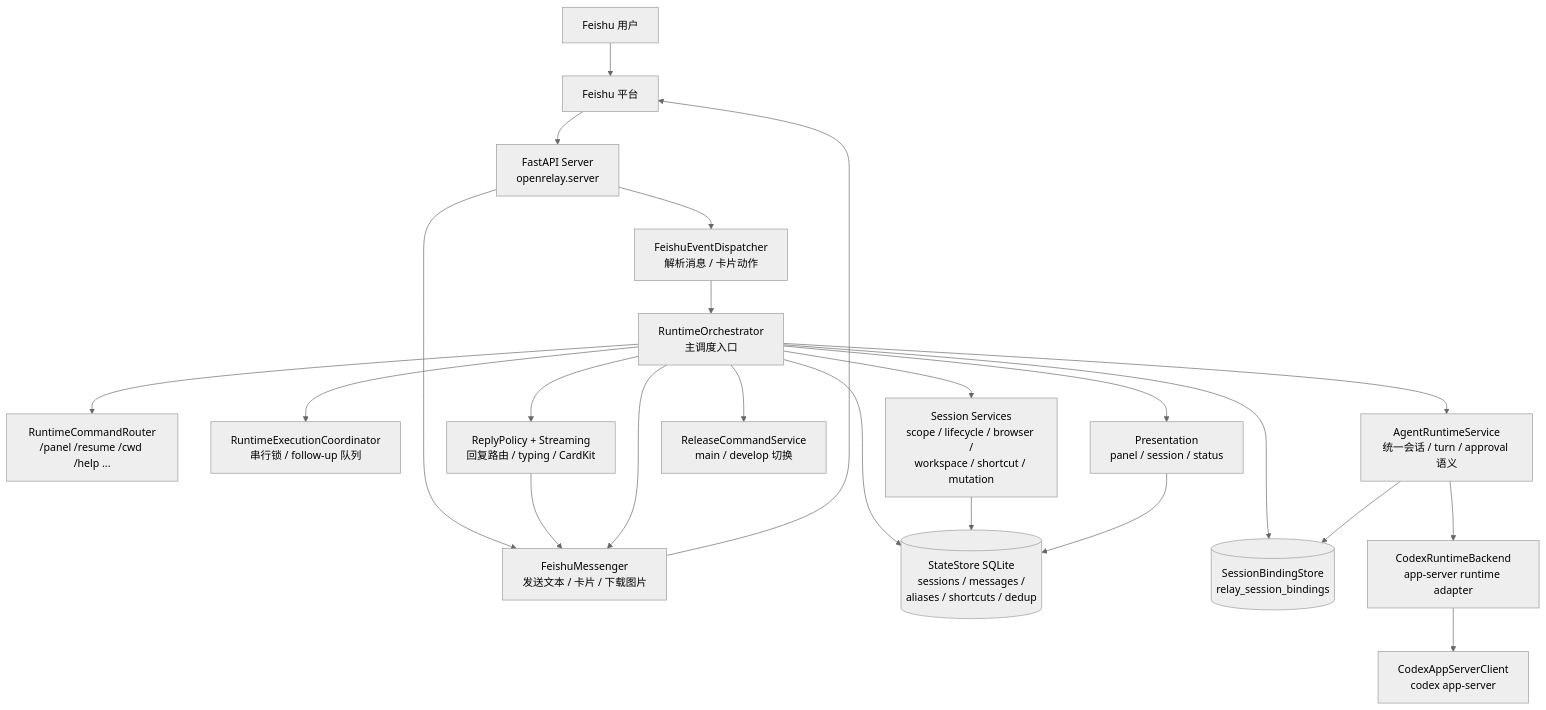
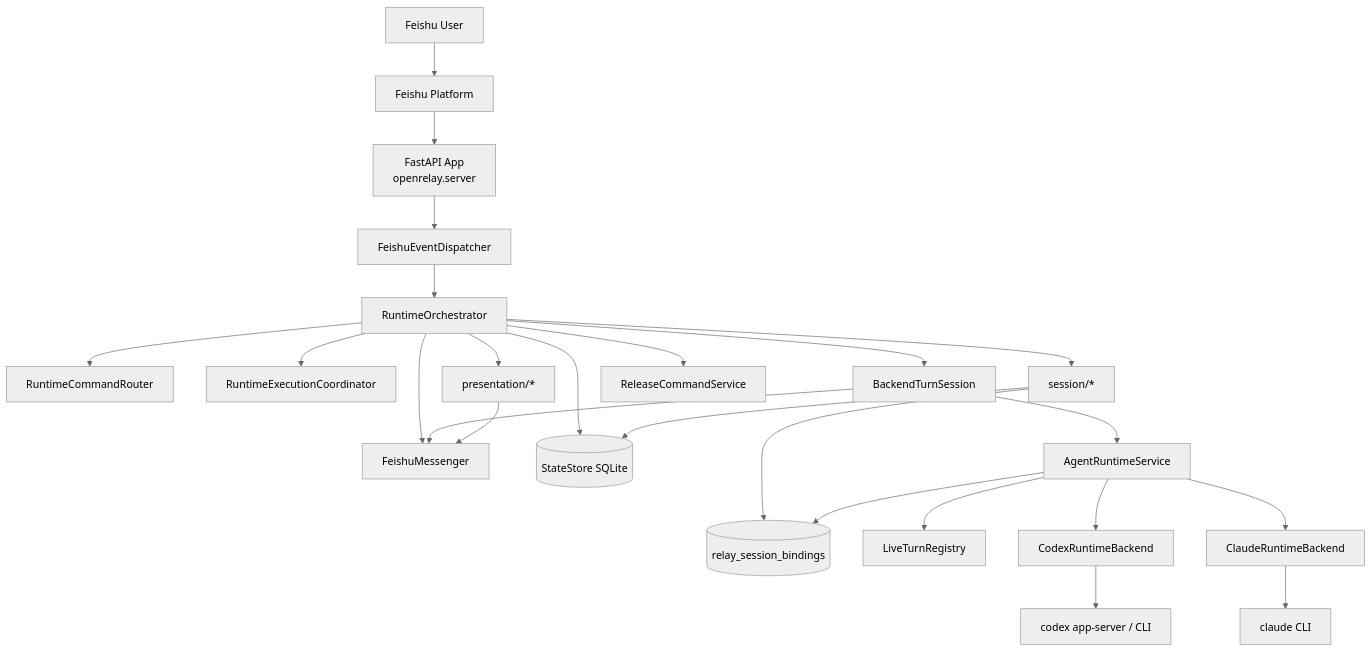
Before and after one commit to Krual-T/OpenRelay: the first of 2 diagrams in docs/architecture.md, drawn with Mermaid (neutral theme). The commit also changed other lines of this file, not shown here.

Commit message:
docs: rewrite architecture overview from current code

````diff
--- a/docs/architecture.md
+++ b/docs/architecture.md
@@ -9,47 +23,52 @@
 ```mermaid
 flowchart TB
-    User[Feishu 用户]
-    Feishu[Feishu 平台]
-    Server[FastAPI Server\nopenrelay.server]
-    Dispatcher[FeishuEventDispatcher\n解析消息 / 卡片动作]
-    Messenger[FeishuMessenger\n发送文本 / 卡片 / 下载图片]
-    Runtime[RuntimeOrchestrator\n主调度入口]
+    User[Feishu User]
+    Feishu[Feishu Platform]
+    Server[FastAPI App<br/>openrelay.server]
+    Dispatcher[FeishuEventDispatcher]
+    Messenger[FeishuMessenger]
+    Orchestrator[RuntimeOrchestrator]
 
-    Commands[RuntimeCommandRouter\n/panel /resume /cwd /help ...]
-    Exec[RuntimeExecutionCoordinator\n串行锁 / follow-up 队列]
-    Reply[ReplyPolicy + Streaming\n回复路由 / typing / CardKit]
+    Commands[RuntimeCommandRouter]
+    Exec[RuntimeExecutionCoordinator]
+    Turn[BackendTurnSession]
 
-    SessionLayer[Session Services\nscope / lifecycle / browser /\nworkspace / shortcut / mutation]
-    Presentation[Presentation\npanel / session / status]
-    Storage[(StateStore SQLite\nsessions / messages /\naliases / shortcuts / dedup)]
-    Binding[(SessionBindingStore\nrelay_session_bindings)]
-    Release[ReleaseCommandService\nmain / develop 切换]
+    SessionLayer[session/*]
+    Presentation[presentation/*]
+    Store[(StateStore SQLite)]
+    Binding[(relay_session_bindings)]
+    Release[ReleaseCommandService]
 
-    AgentRuntime[AgentRuntimeService\n统一会话 / turn / approval 语义]
-    RuntimeBackend[CodexRuntimeBackend\napp-server runtime adapter]
-    Codex[CodexAppServerClient\ncodex app-server]
+    AgentRuntime[AgentRuntimeService]
+    Reducer[LiveTurnRegistry]
+    CodexBackend[CodexRuntimeBackend]
+    ClaudeBackend[ClaudeRuntimeBackend]
+    CodexCLI[codex app-server / CLI]
+    ClaudeCLI[claude CLI]
 
     User --> Feishu
     Feishu --> Server
     Server --> Dispatcher
-    Server --> Messenger
-    Dispatcher --> Runtime
-    Runtime --> Commands
-    Runtime --> Exec
-    Runtime --> Reply
-    Runtime --> SessionLayer
-    Runtime --> Presentation
-    Runtime --> Release
-    Runtime --> Storage
-    Runtime --> Binding
-    Runtime --> AgentRuntime
+    Dispatcher --> Orchestrator
+    Orchestrator --> Commands
+    Orchestrator --> Exec
+    Orchestrator --> Turn
+    Orchestrator --> SessionLayer
+    Orchestrator --> Presentation
+    Orchestrator --> Release
+    Orchestrator --> Messenger
+    Orchestrator --> Store
 
-    SessionLayer --> Storage
-    Presentation --> Storage
+    SessionLayer --> Store
+    SessionLayer --> Binding
     AgentRuntime --> Binding
-    AgentRuntime --> RuntimeBackend
-    RuntimeBackend --> Codex
-    Reply --> Messenger
-    Runtime --> Messenger
-    Messenger --> Feishu
+    AgentRuntime --> Reducer
+    Turn --> AgentRuntime
+    Turn --> Messenger
+    Presentation --> Messenger
+
+    AgentRuntime --> CodexBackend
+    AgentRuntime --> ClaudeBackend
+    CodexBackend --> CodexCLI
+    ClaudeBackend --> ClaudeCLI
 ```
````
